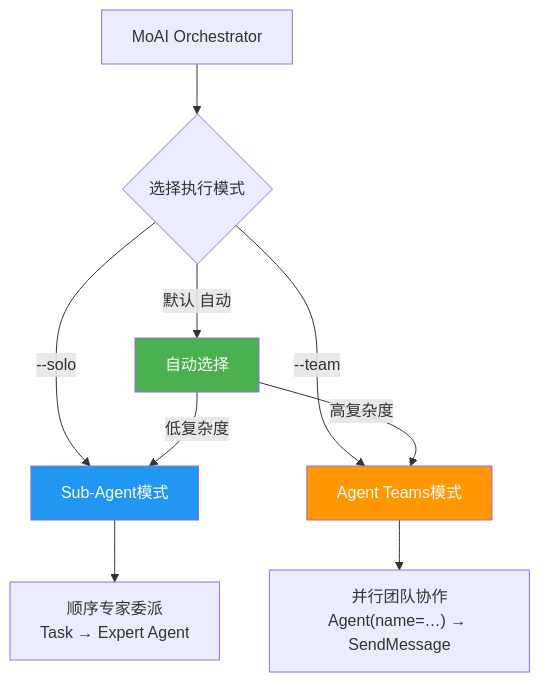
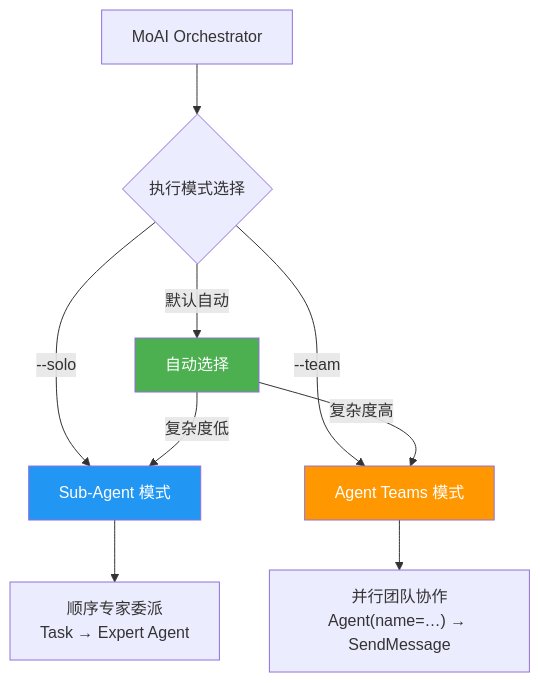
Before and after one commit to modu-ai/moai-adk: the sixth of 6 diagrams in docs-site/content/zh/core-concepts/what-is-moai-adk.md, drawn with Mermaid. The commit also changed other lines of this file and 4 other files, not shown here.

````diff
--- a/docs-site/content/zh/core-concepts/what-is-moai-adk.md
+++ b/docs-site/content/zh/core-concepts/what-is-moai-adk.md
@@ -512,16 +512,16 @@
 ```mermaid
 flowchart TD
-    A["MoAI Orchestrator"] --> B{"选择执行模式"}
-    B -->|"--solo"| C["Sub-Agent模式"]
-    B -->|"--team"| D["Agent Teams模式"]
-    B -->|"默认 自动"| E["自动选择"]
+    A["MoAI Orchestrator"] --> B{"执行模式选择"}
+    B -->|"--solo"| C["Sub-Agent 模式"]
+    B -->|"--team"| D["Agent Teams 模式"]
+    B -->|"默认自动"| E["自动选择"]
 
     C --> F["顺序专家委派\nTask → Expert Agent"]
     D --> G["并行团队协作\nAgent(name=…) → SendMessage"]
-    E -->|"高复杂度"| D
-    E -->|"低复杂度"| C
+    E -->|"复杂度高"| D
+    E -->|"复杂度低"| C
 
     style C fill:#2196F3,color:#fff
     style D fill:#FF9800,color:#fff
     style E fill:#4CAF50,color:#fff
 ```
````
